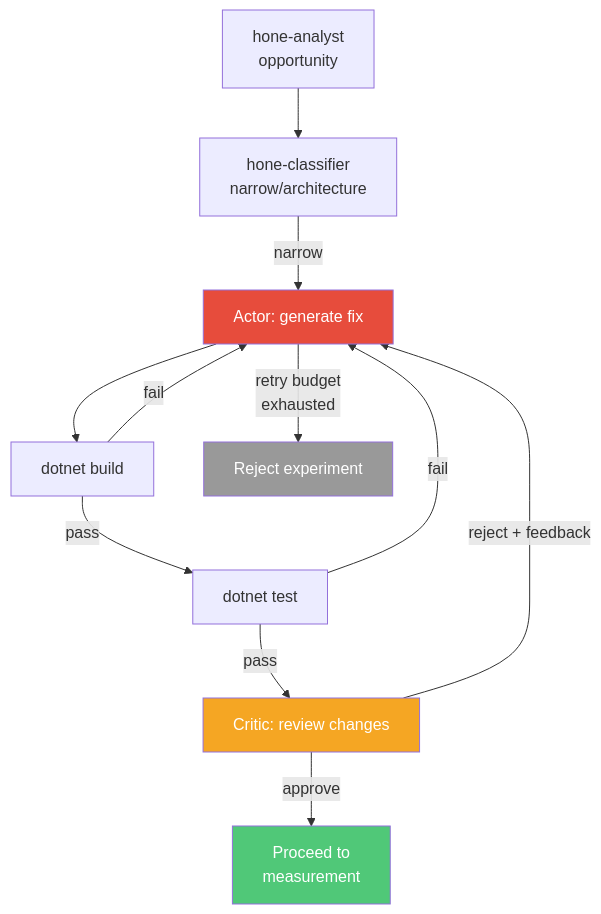
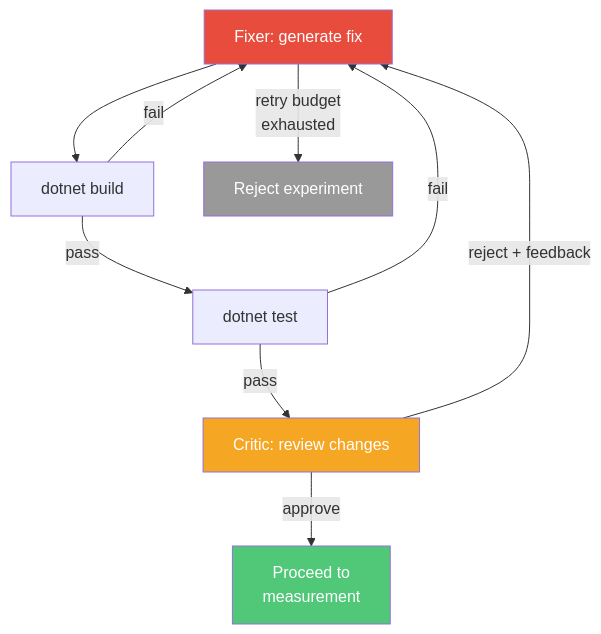
One commit to J-Bax/Hone changed the second of 3 diagrams in docs/future-extensions.md. Above: the diagram before and after it, drawn with Mermaid. The commit also changed other lines of this file, not shown here.

Commit message:
docs: split actor-critic into iterative fixer and actor-critic review gate

````diff
--- a/docs/future-extensions.md
+++ b/docs/future-extensions.md
@@ -41,18 +62,16 @@
 ```mermaid
 flowchart TD
-    ANALYST["hone-analyst<br/>opportunity"] --> CLASSIFIER["hone-classifier<br/>narrow/architecture"]
-    CLASSIFIER -->|narrow| ACTOR["Actor: generate fix"]
-    ACTOR --> BUILD["dotnet build"]
-    BUILD -->|fail| ACTOR
+    FIXER["Fixer: generate fix"] --> BUILD["dotnet build"]
+    BUILD -->|fail| FIXER
     BUILD -->|pass| TEST["dotnet test"]
-    TEST -->|fail| ACTOR
+    TEST -->|fail| FIXER
     TEST -->|pass| CRITIC["Critic: review changes"]
-    CRITIC -->|reject + feedback| ACTOR
+    CRITIC -->|reject + feedback| FIXER
     CRITIC -->|approve| MEASURE["Proceed to<br/>measurement"]
-    ACTOR -->|retry budget<br/>exhausted| REJECT["Reject experiment"]
+    FIXER -->|retry budget<br/>exhausted| REJECT["Reject experiment"]
 
-    style ACTOR fill:#e74c3c,color:#fff
+    style FIXER fill:#e74c3c,color:#fff
     style CRITIC fill:#f5a623,color:#fff
     style MEASURE fill:#50c878,color:#fff
     style REJECT fill:#999,color:#fff
 ```
````
